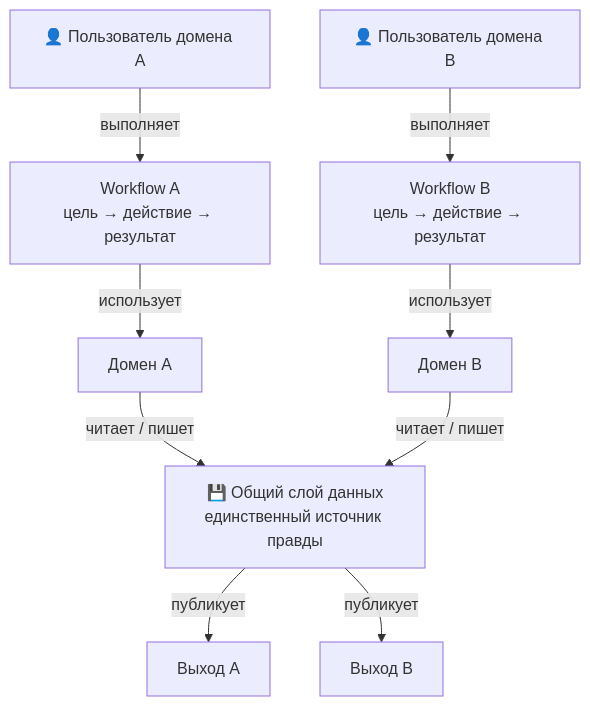
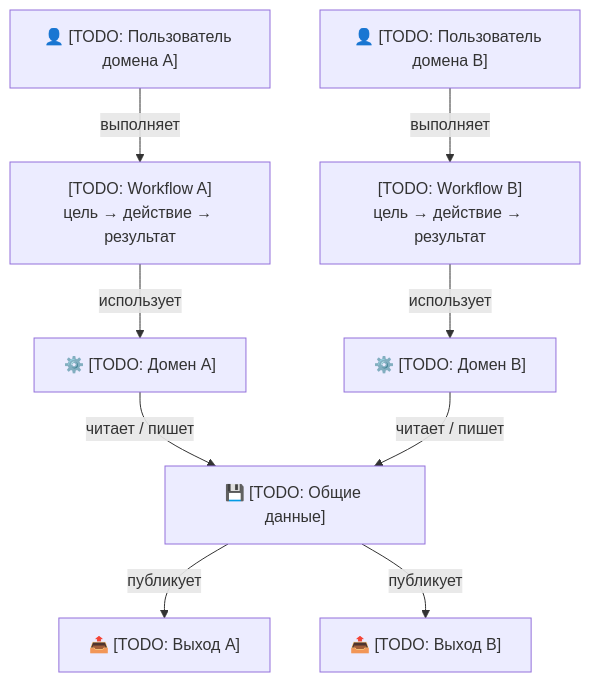
The third of 3 diagrams in templates/USER-MAP.template.md (cait-solutions/it-dev-methodology), drawn with Mermaid before and after one commit. The commit also changed other lines of this file and 2 other files, not shown here.

First line of the commit message:
fix(template): remove Dev Setup from USER-MAP template — product capabilities only [methodology][fix:template] v3.9.0

````diff
--- a/templates/USER-MAP.template.md
+++ b/templates/USER-MAP.template.md
@@ -221,17 +117,17 @@
 ```mermaid
 graph TD
-    User1["👤 Пользователь домена A"]
-    User2["👤 Пользователь домена B"]
+    User1["👤 [TODO: Пользователь домена A]"]
+    User2["👤 [TODO: Пользователь домена B]"]
 
-    User1 -->|"выполняет"| WF1["Workflow A<br/>цель → действие → результат"]
-    User2 -->|"выполняет"| WF2["Workflow B<br/>цель → действие → результат"]
+    User1 -->|"выполняет"| WF1["[TODO: Workflow A]<br/>цель → действие → результат"]
+    User2 -->|"выполняет"| WF2["[TODO: Workflow B]<br/>цель → действие → результат"]
 
-    WF1 -->|"использует"| DomA["Домен A"]
-    WF2 -->|"использует"| DomB["Домен B"]
+    WF1 -->|"использует"| DomA["⚙️ [TODO: Домен A]"]
+    WF2 -->|"использует"| DomB["⚙️ [TODO: Домен B]"]
 
-    DomA -->|"читает / пишет"| SharedData["💾 Общий слой данных<br/>единственный источник правды"]
+    DomA -->|"читает / пишет"| SharedData["💾 [TODO: Общие данные]"]
     DomB -->|"читает / пишет"| SharedData
 
-    SharedData -->|"публикует"| IntA["Выход A"]
-    SharedData -->|"публикует"| IntB["Выход B"]
+    SharedData -->|"публикует"| IntA["📤 [TODO: Выход A]"]
+    SharedData -->|"публикует"| IntB["📤 [TODO: Выход B]"]
 ```
````
